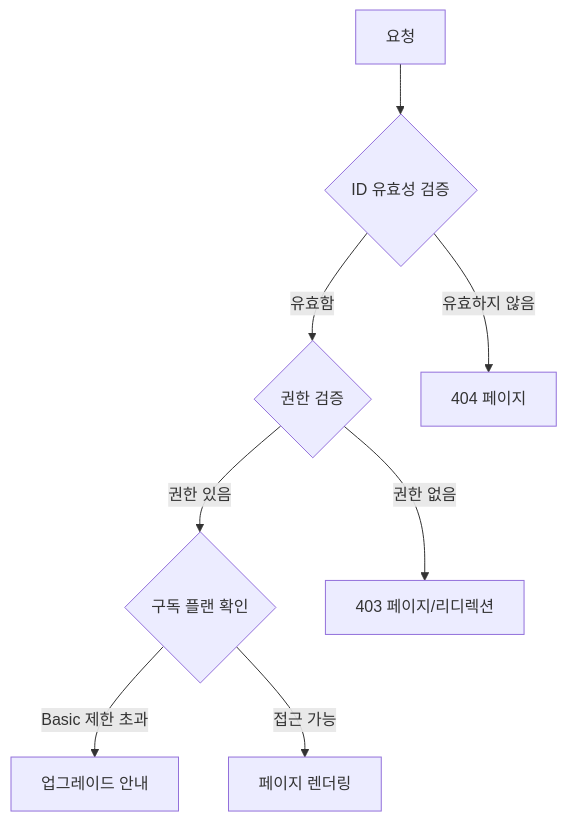
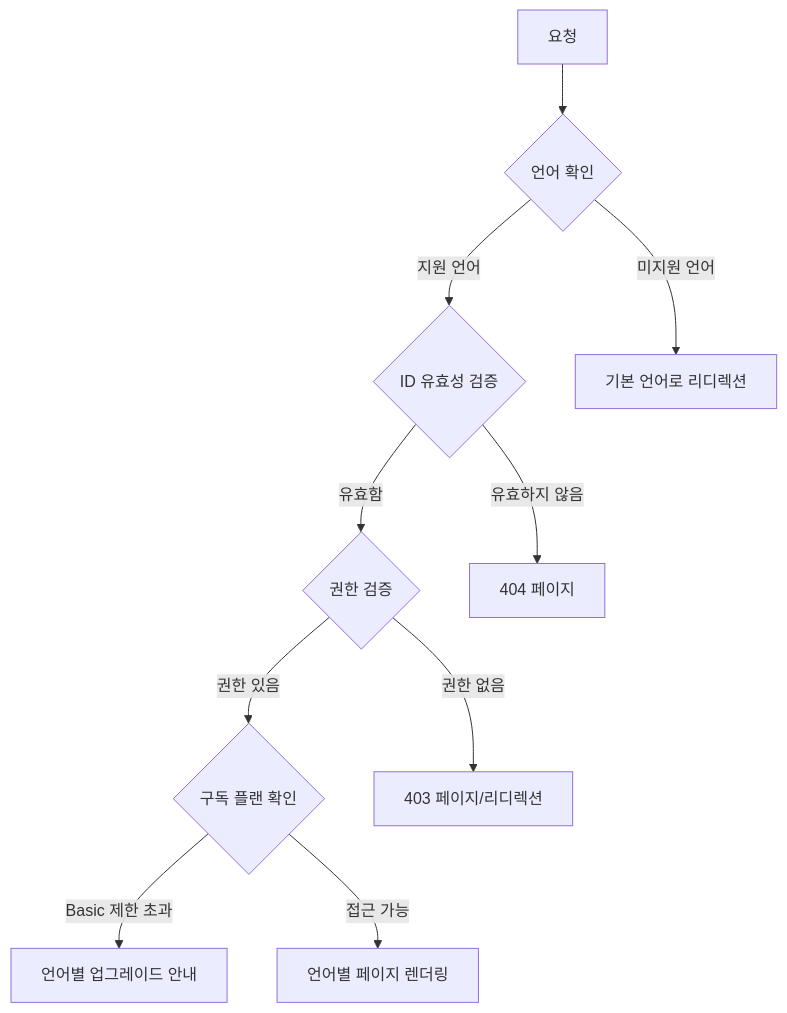
Before and after one commit to Seungwoo321/etorch-docs: the fourth of 5 diagrams in frontend/routing.md, drawn with Mermaid. The commit also changed other lines of this file and 2 other files, not shown here.

````diff
--- a/frontend/routing.md
+++ b/frontend/routing.md
@@ -311,10 +602,12 @@
 ```mermaid
 flowchart TD
-    A[요청] --> B{ID 유효성 검증}
-    B -->|유효함| C{권한 검증}
-    B -->|유효하지 않음| D[404 페이지]
-    C -->|권한 있음| E{구독 플랜 확인}
-    C -->|권한 없음| F[403 페이지/리디렉션]
-    E -->|Basic 제한 초과| G[업그레이드 안내]
-    E -->|접근 가능| H[페이지 렌더링]
+    A[요청] --> B{언어 확인}
+    B -->|지원 언어| C{ID 유효성 검증}
+    B -->|미지원 언어| D[기본 언어로 리디렉션]
+    C -->|유효함| E{권한 검증}
+    C -->|유효하지 않음| F[404 페이지]
+    E -->|권한 있음| G{구독 플랜 확인}
+    E -->|권한 없음| H[403 페이지/리디렉션]
+    G -->|Basic 제한 초과| I[언어별 업그레이드 안내]
+    G -->|접근 가능| J[언어별 페이지 렌더링]
 ```
````
